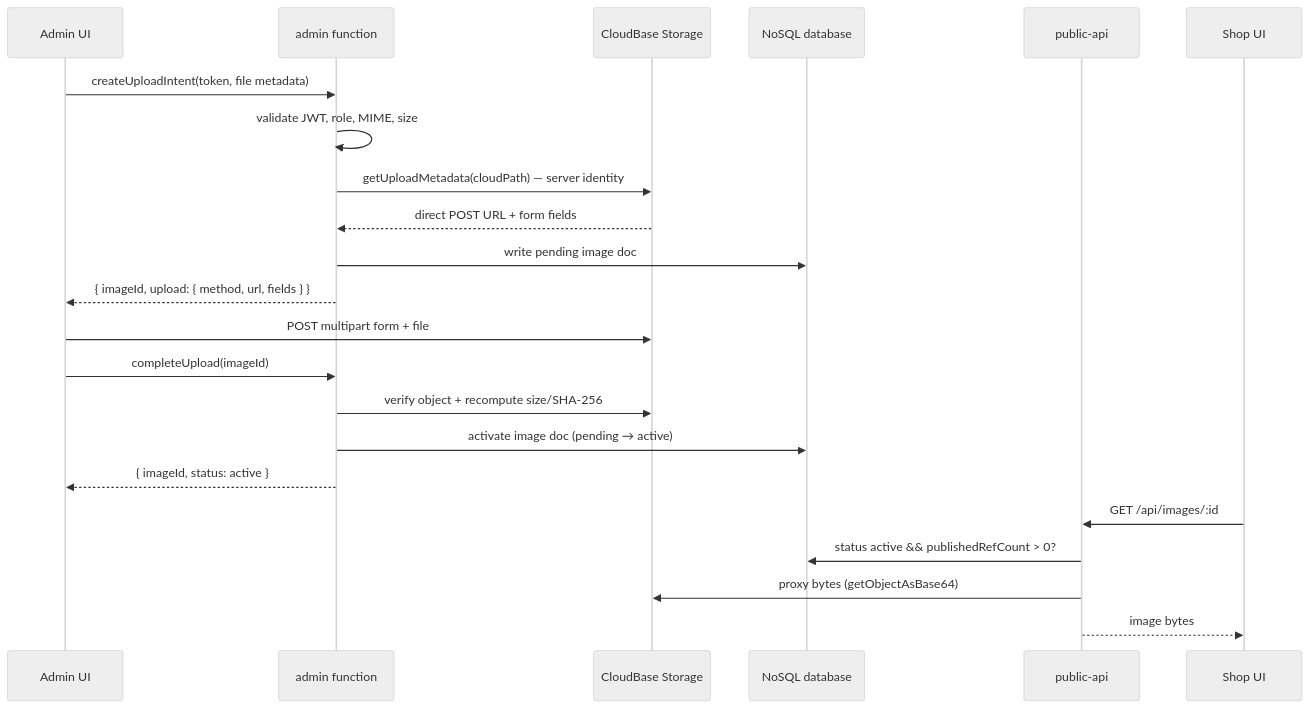
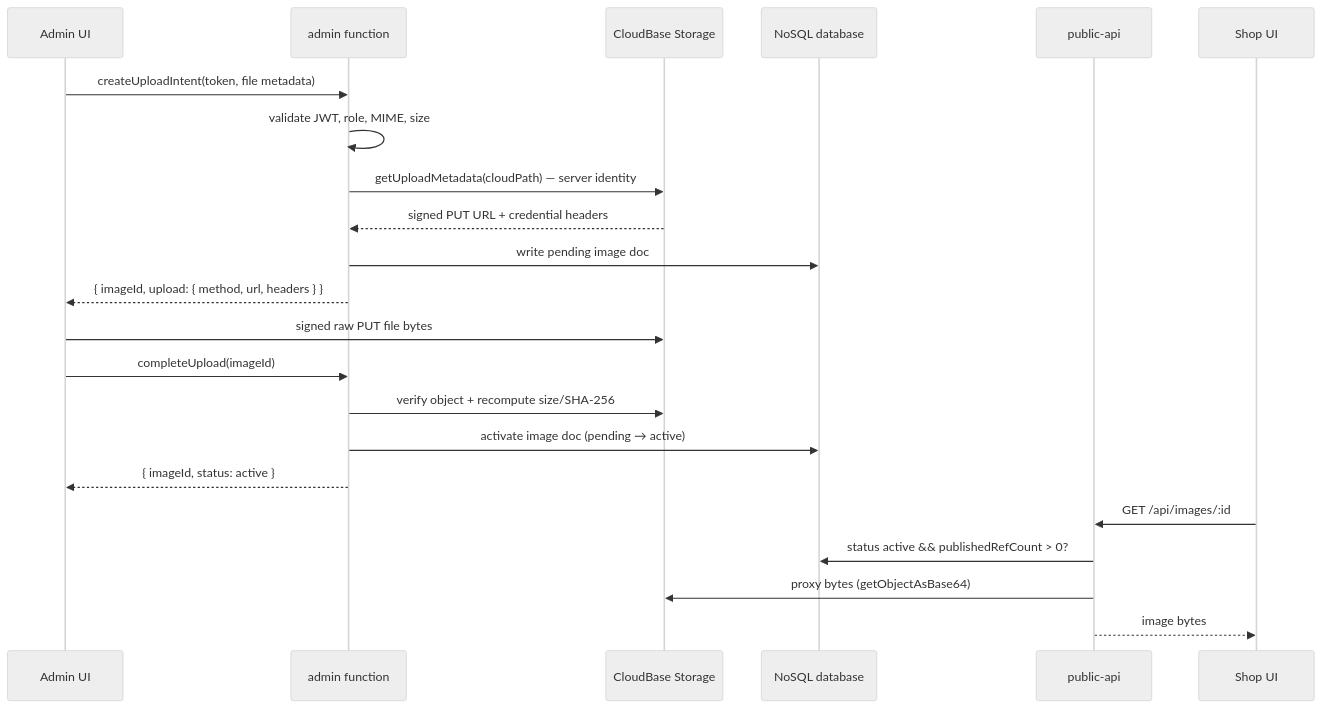
The second of 8 diagrams in docs/IMAGE_UPLOAD_STORAGE_DESIGN.md (vibelingan/channel), drawn with Mermaid (neutral theme) before and after one commit. The commit also changed other lines of this file and 8 other files, not shown here.

````diff
--- a/docs/IMAGE_UPLOAD_STORAGE_DESIGN.md
+++ b/docs/IMAGE_UPLOAD_STORAGE_DESIGN.md
@@ -252,25 +268,25 @@
 ```mermaid
 sequenceDiagram
   participant UI as Admin UI
   participant Admin as admin function
   participant Storage as CloudBase Storage
   participant DB as NoSQL database
   participant Public as public-api
   participant Shop as Shop UI
 
   UI->>Admin: createUploadIntent(token, file metadata)
   Admin->>Admin: validate JWT, role, MIME, size
   Admin->>Storage: getUploadMetadata(cloudPath) — server identity
-  Storage-->>Admin: direct POST URL + form fields
+  Storage-->>Admin: signed PUT URL + credential headers
   Admin->>DB: write pending image doc
-  Admin-->>UI: { imageId, upload: { method, url, fields } }
-  UI->>Storage: POST multipart form + file
+  Admin-->>UI: { imageId, upload: { method, url, headers } }
+  UI->>Storage: signed raw PUT file bytes
   UI->>Admin: completeUpload(imageId)
   Admin->>Storage: verify object + recompute size/SHA-256
   Admin->>DB: activate image doc (pending → active)
   Admin-->>UI: { imageId, status: active }
   Shop->>Public: GET /api/images/:id
   Public->>DB: status active && publishedRefCount > 0?
   Public->>Storage: proxy bytes (getObjectAsBase64)
   Public-->>Shop: image bytes
 ```
````
